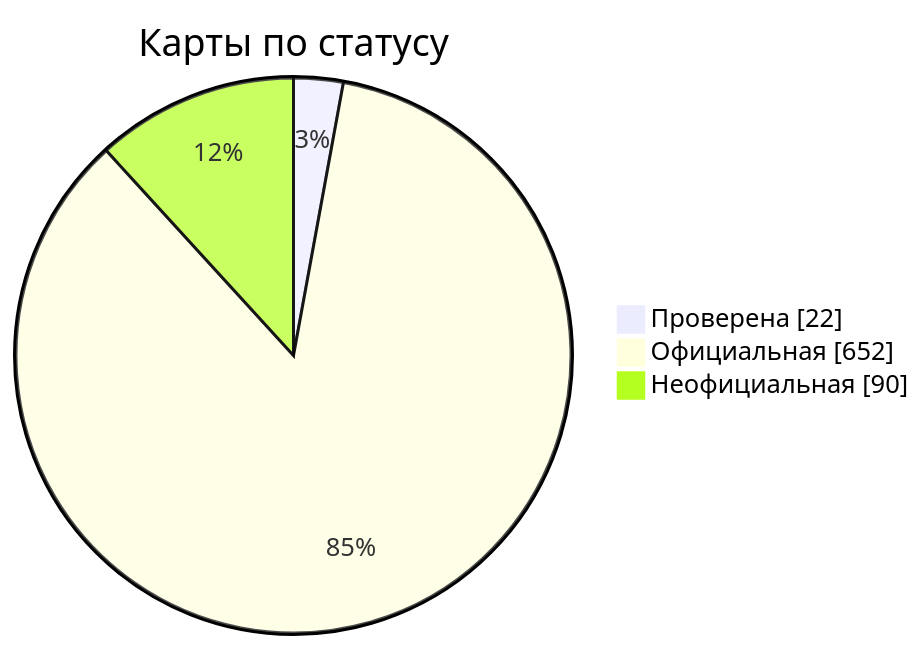
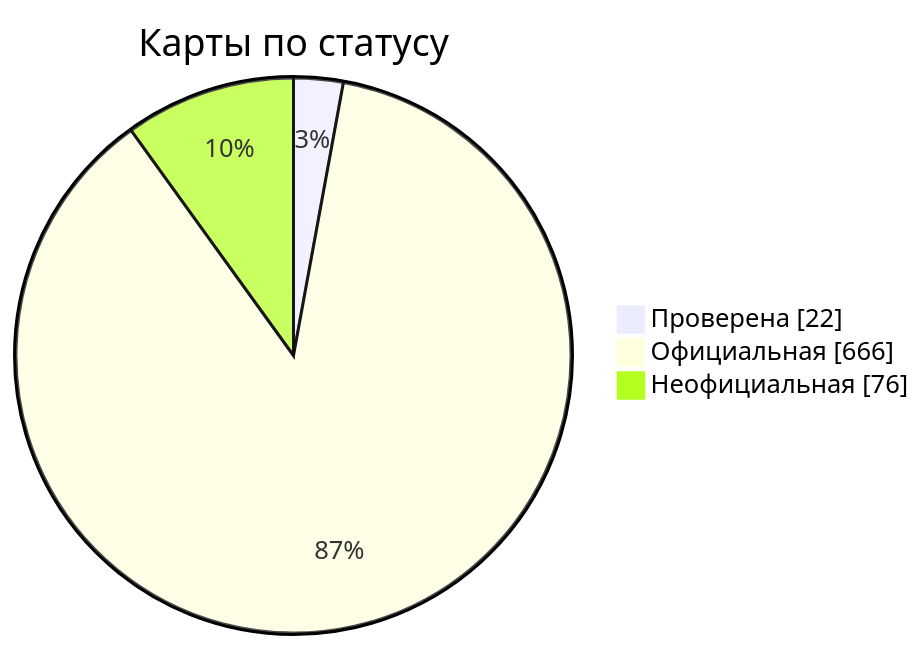
The diagram in docs/readme/README_RU.md (nobrega8/mbmap-library), drawn with Mermaid before and after one commit. The commit also changed 5 other files, not shown here.

````diff
--- a/docs/readme/README_RU.md
+++ b/docs/readme/README_RU.md
@@ -54,7 +54,7 @@
 ```mermaid
 pie showData
     title Карты по статусу
     "Проверена" : 22
-    "Официальная" : 652
-    "Неофициальная" : 90
+    "Официальная" : 666
+    "Неофициальная" : 76
 ```
````
